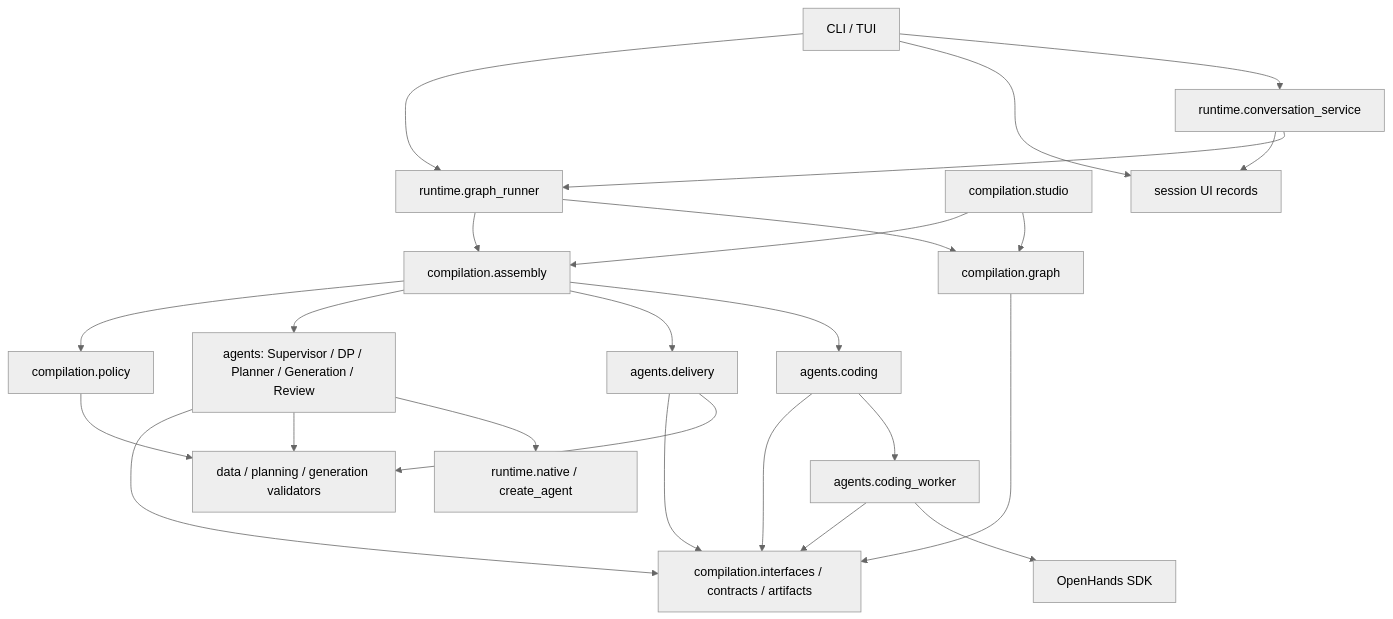
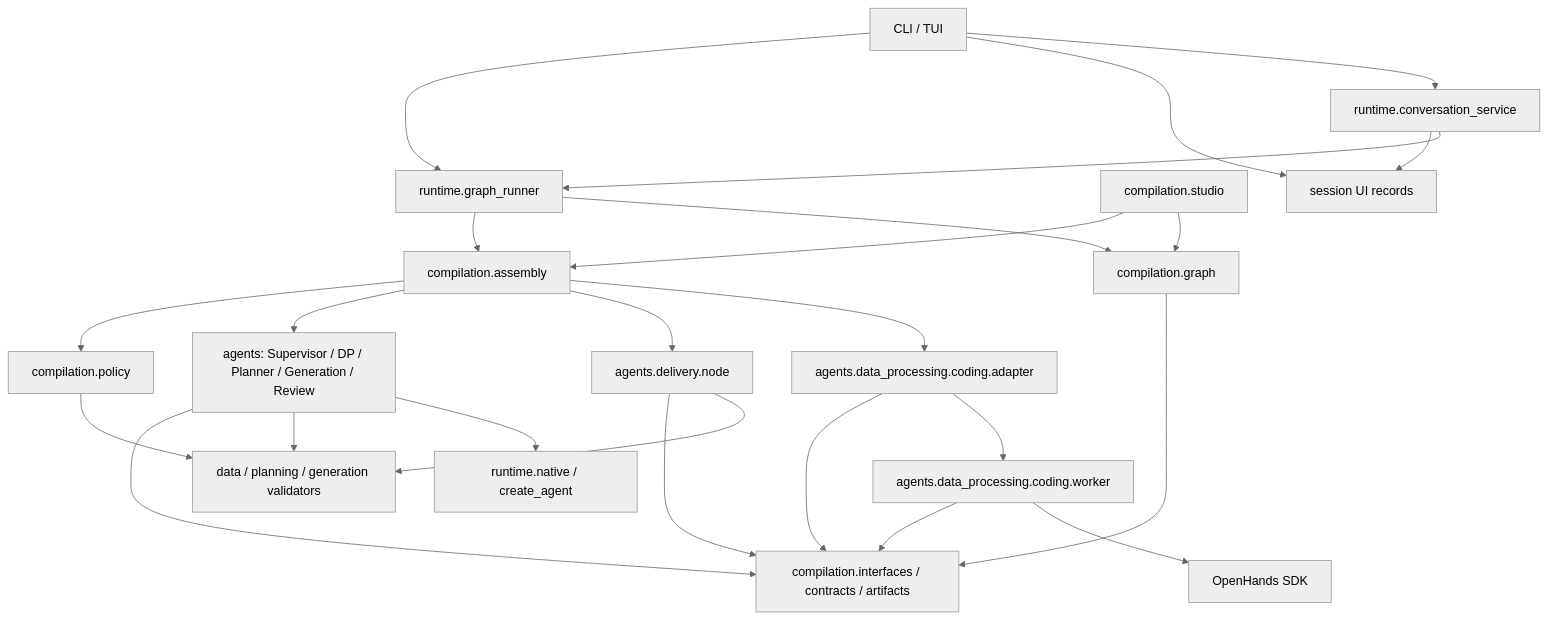
Before and after one commit to fly233338/MedBenchAgent: the first of 3 diagrams in docs/ARCHITECTURE.md, drawn with Mermaid (neutral theme). The commit also changed other lines of this file and 49 other files, not shown here.

````diff
--- a/docs/ARCHITECTURE.md
+++ b/docs/ARCHITECTURE.md
@@ -8,26 +8,26 @@
 ```mermaid
 flowchart TB
     CLI[CLI / TUI] --> Runner[runtime.graph_runner]
     Studio[compilation.studio] --> Assembly[compilation.assembly]
     Runner --> Assembly
     Runner & Studio --> Graph[compilation.graph]
     Assembly --> Policy[compilation.policy]
     Graph --> Public[compilation.interfaces / contracts / artifacts]
     Policy --> Domain[data / planning / generation validators]
     Assembly --> Agents[agents: Supervisor / DP / Planner / Generation / Review]
-    Assembly --> Delivery[agents.delivery]
-    Assembly --> Coding[agents.coding]
+    Assembly --> Delivery[agents.delivery.node]
+    Assembly --> Coding[agents.data_processing.coding.adapter]
     Agents --> Public
     Agents --> Domain
     Agents --> Native[runtime.native / create_agent]
     Delivery --> Public
     Delivery --> Domain
     Coding --> Public
-    Coding --> Worker[agents.coding_worker]
+    Coding --> Worker[agents.data_processing.coding.worker]
     Worker --> Public
     Worker --> SDK[OpenHands SDK]
     CLI --> Sessions[session UI records]
     CLI --> UIService[runtime.conversation_service]
     UIService --> Sessions
     UIService --> Runner
 ```
````
